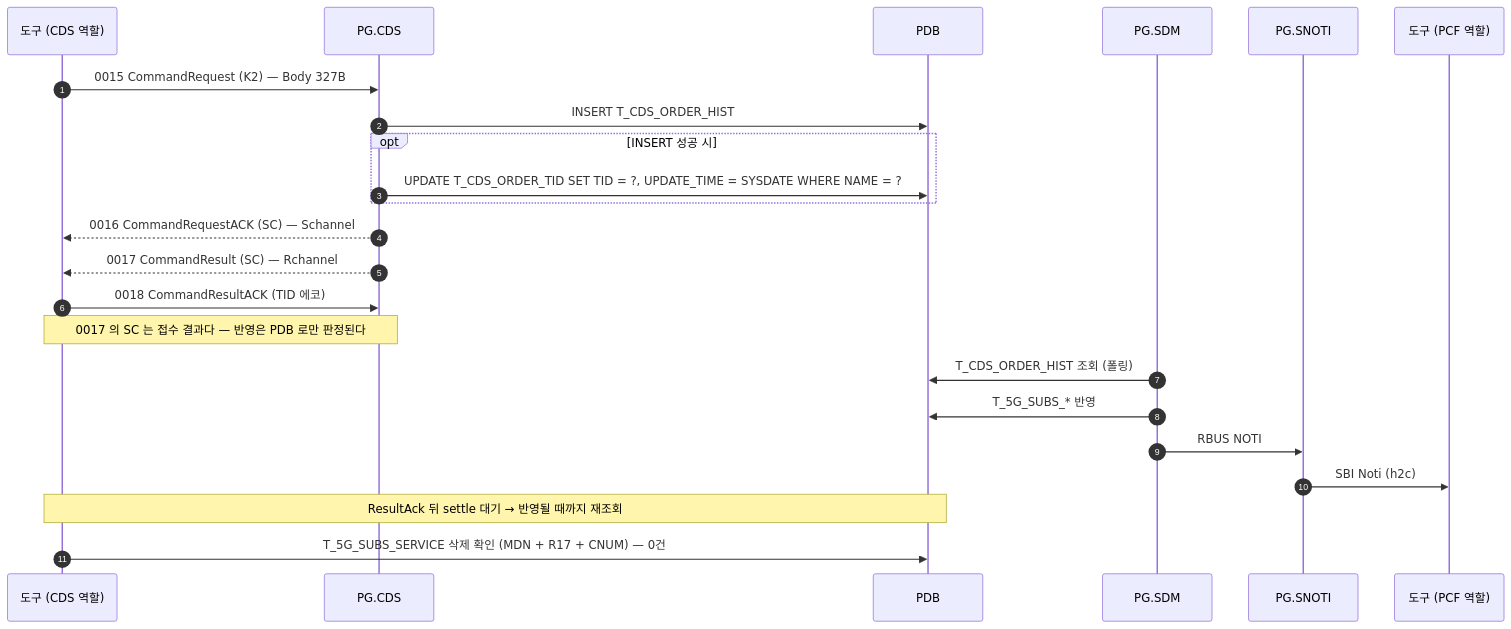
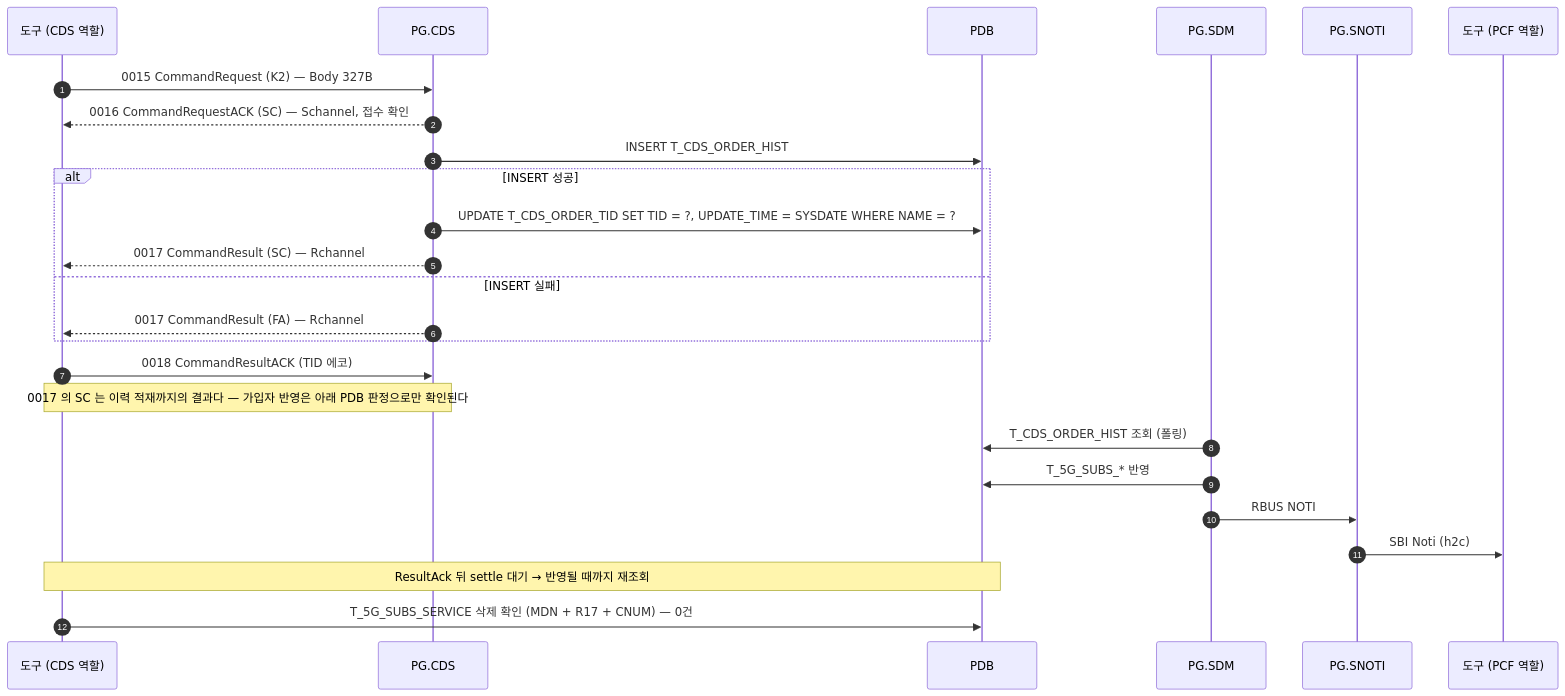
The diagram in docs/callflow/CDS_K2.md (IanKim2030/tc4robot), drawn with Mermaid before and after one commit. The commit also changed other lines of this file and 18 other files, not shown here.

````diff
--- a/docs/callflow/CDS_K2.md
+++ b/docs/callflow/CDS_K2.md
@@ -17,27 +17,29 @@
 ```mermaid
 sequenceDiagram
     autonumber
     participant TOOL as 도구 (CDS 역할)
     participant PCDS as PG.CDS
     participant PDB as PDB
     participant SDM as PG.SDM
     participant SNOTI as PG.SNOTI
     participant PCF as 도구 (PCF 역할)
 
     TOOL->>PCDS: 0015 CommandRequest (K2) — Body 327B
+    PCDS-->>TOOL: 0016 CommandRequestACK (SC) — Schannel, 접수 확인
     PCDS->>PDB: INSERT T_CDS_ORDER_HIST
-    opt INSERT 성공 시
+    alt INSERT 성공
         PCDS->>PDB: UPDATE T_CDS_ORDER_TID SET TID = ?, UPDATE_TIME = SYSDATE WHERE NAME = ?
+        PCDS-->>TOOL: 0017 CommandResult (SC) — Rchannel
+    else INSERT 실패
+        PCDS-->>TOOL: 0017 CommandResult (FA) — Rchannel
     end
-    PCDS-->>TOOL: 0016 CommandRequestACK (SC) — Schannel
-    PCDS-->>TOOL: 0017 CommandResult (SC) — Rchannel
     TOOL->>PCDS: 0018 CommandResultACK (TID 에코)
-    Note over TOOL,PCDS: 0017 의 SC 는 접수 결과다 — 반영은 PDB 로만 판정된다
+    Note over TOOL,PCDS: 0017 의 SC 는 이력 적재까지의 결과다 — 가입자 반영은 아래 PDB 판정으로만 확인된다
 
     SDM->>PDB: T_CDS_ORDER_HIST 조회 (폴링)
     SDM->>PDB: T_5G_SUBS_* 반영
     SDM->>SNOTI: RBUS NOTI
     SNOTI->>PCF: SBI Noti (h2c)
     Note over TOOL,PDB: ResultAck 뒤 settle 대기 → 반영될 때까지 재조회
     TOOL->>PDB: T_5G_SUBS_SERVICE 삭제 확인 (MDN + R17 + CNUM) — 0건
 ```
````
